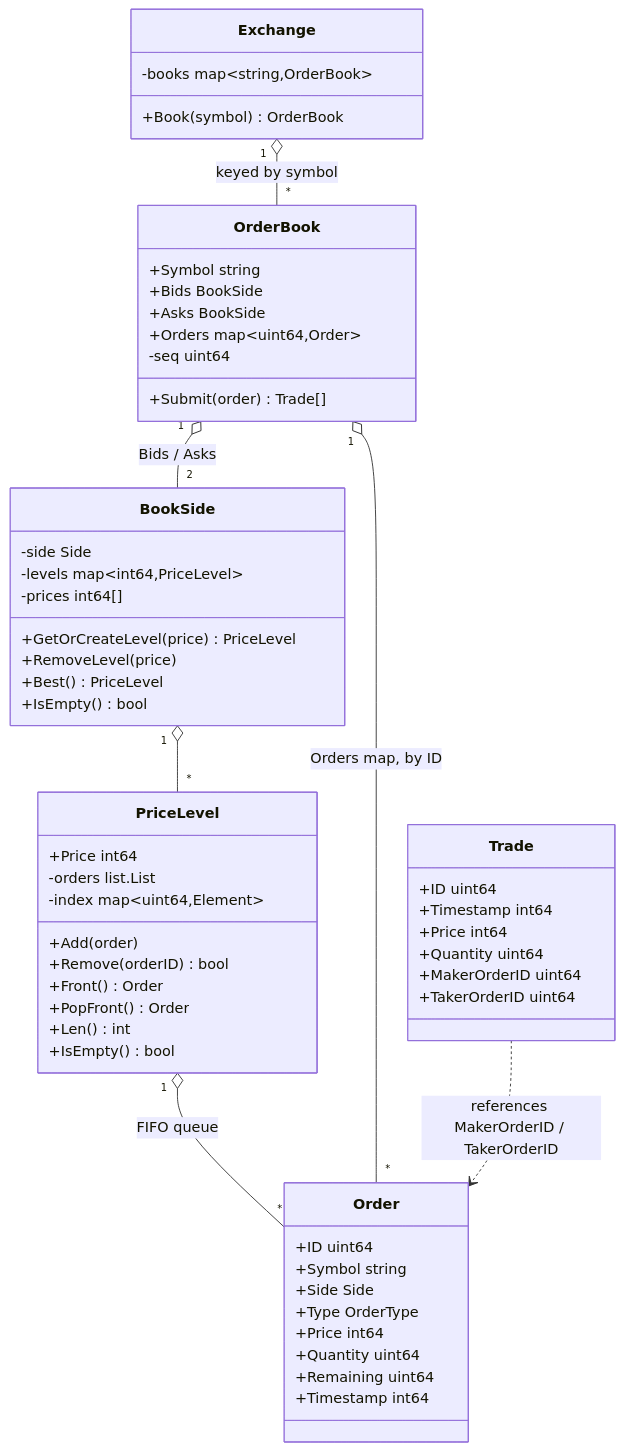
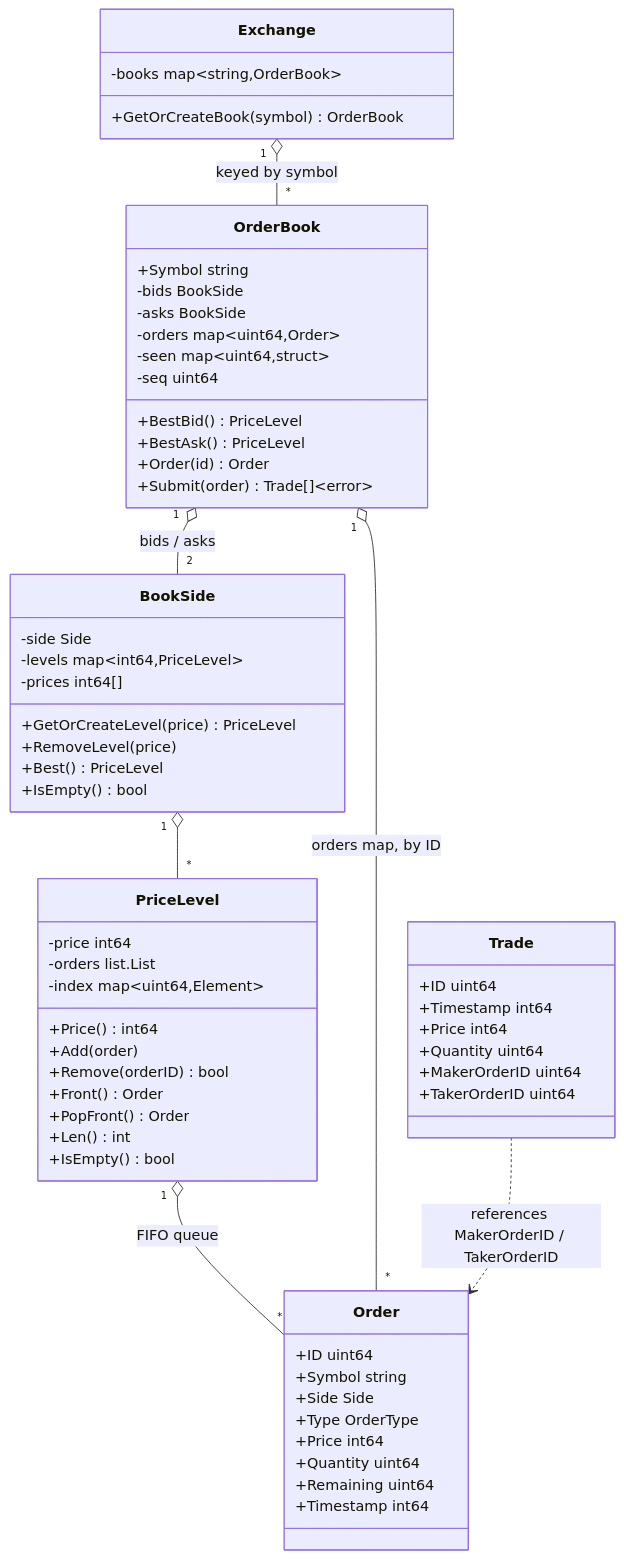
One commit to guilhermemcandido/janus changed the diagram in README.md. Above: the diagram before and after it, drawn with Mermaid. The commit also changed other lines of this file, not shown here.

Commit message:
Fix stale README claims and sync diagram to current API
"No matching logic yet" and "channel-based concurrency model" were
both wrong — Submit has existed for several commits and no
concurrency exists yet. Diagram updated for the encapsulation
changes (unexported bids/asks/orders, PriceLevel.Price() as a
method, GetOrCreateBook, Submit's new error return) and Status now
summarizes what's actually implemented.

````diff
--- a/README.md
+++ b/README.md
@@ -11,60 +11,65 @@
 ```mermaid
 classDiagram
     class Exchange {
         -books map~string,OrderBook~
-        +Book(symbol) OrderBook
+        +GetOrCreateBook(symbol) OrderBook
     }
     class OrderBook {
         +Symbol string
-        +Bids BookSide
-        +Asks BookSide
-        +Orders map~uint64,Order~
+        -bids BookSide
+        -asks BookSide
+        -orders map~uint64,Order~
+        -seen map~uint64,struct~
         -seq uint64
-        +Submit(order) Trade[]
+        +BestBid() PriceLevel
+        +BestAsk() PriceLevel
+        +Order(id) Order
+        +Submit(order) Trade[]~error~
     }
     class BookSide {
         -side Side
         -levels map~int64,PriceLevel~
         -prices int64[]
         +GetOrCreateLevel(price) PriceLevel
         +RemoveLevel(price)
         +Best() PriceLevel
         +IsEmpty() bool
     }
     class PriceLevel {
-        +Price int64
+        -price int64
         -orders list.List
         -index map~uint64,Element~
+        +Price() int64
         +Add(order)
         +Remove(orderID) bool
         +Front() Order
         +PopFront() Order
         +Len() int
         +IsEmpty() bool
     }
     class Order {
         +ID uint64
         +Symbol string
         +Side Side
         +Type OrderType
         +Price int64
         +Quantity uint64
         +Remaining uint64
         +Timestamp int64
     }
     class Trade {
         +ID uint64
         +Timestamp int64
         +Price int64
         +Quantity uint64
         +MakerOrderID uint64
         +TakerOrderID uint64
     }
 
     Exchange "1" o-- "*" OrderBook : keyed by symbol
-    OrderBook "1" o-- "2" BookSide : Bids / Asks
+    OrderBook "1" o-- "2" BookSide : bids / asks
     BookSide "1" o-- "*" PriceLevel
     PriceLevel "1" o-- "*" Order : FIFO queue
-    OrderBook "1" o-- "*" Order : Orders map, by ID
+    OrderBook "1" o-- "*" Order : orders map, by ID
     Trade ..> Order : references MakerOrderID / TakerOrderID
 ```
````
